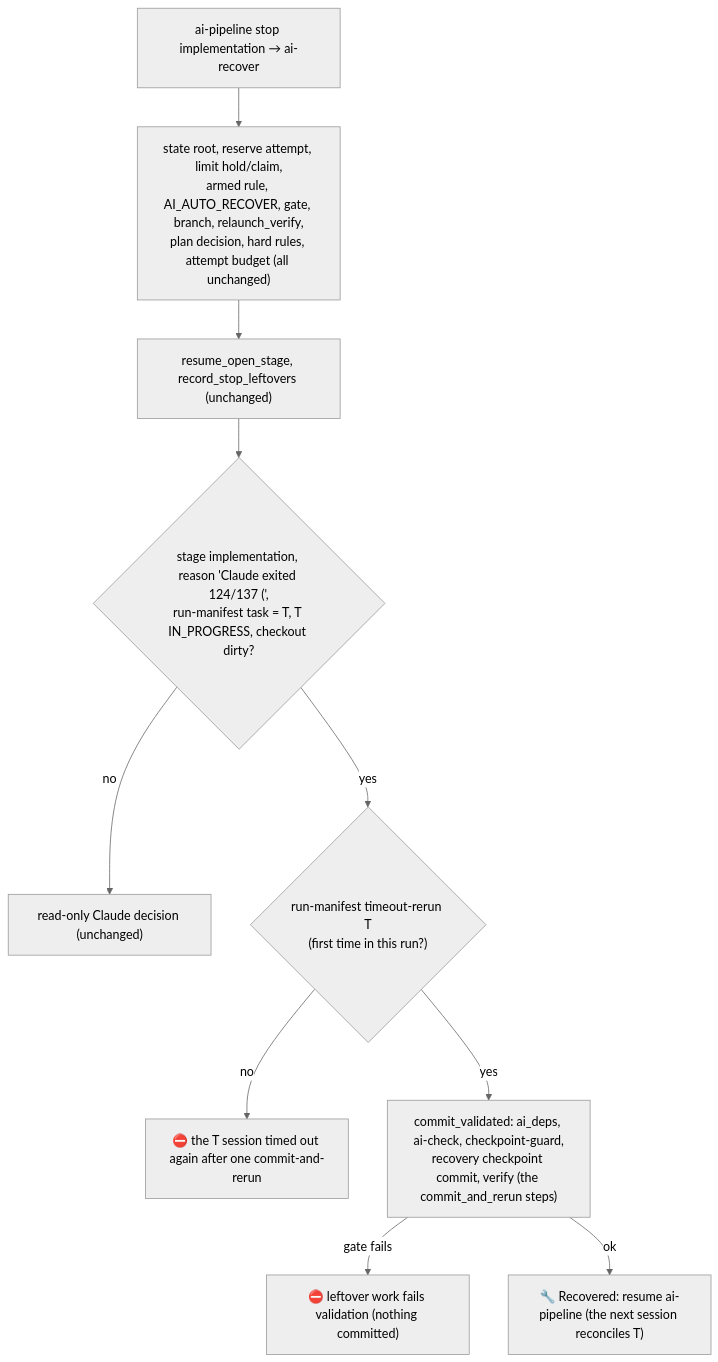
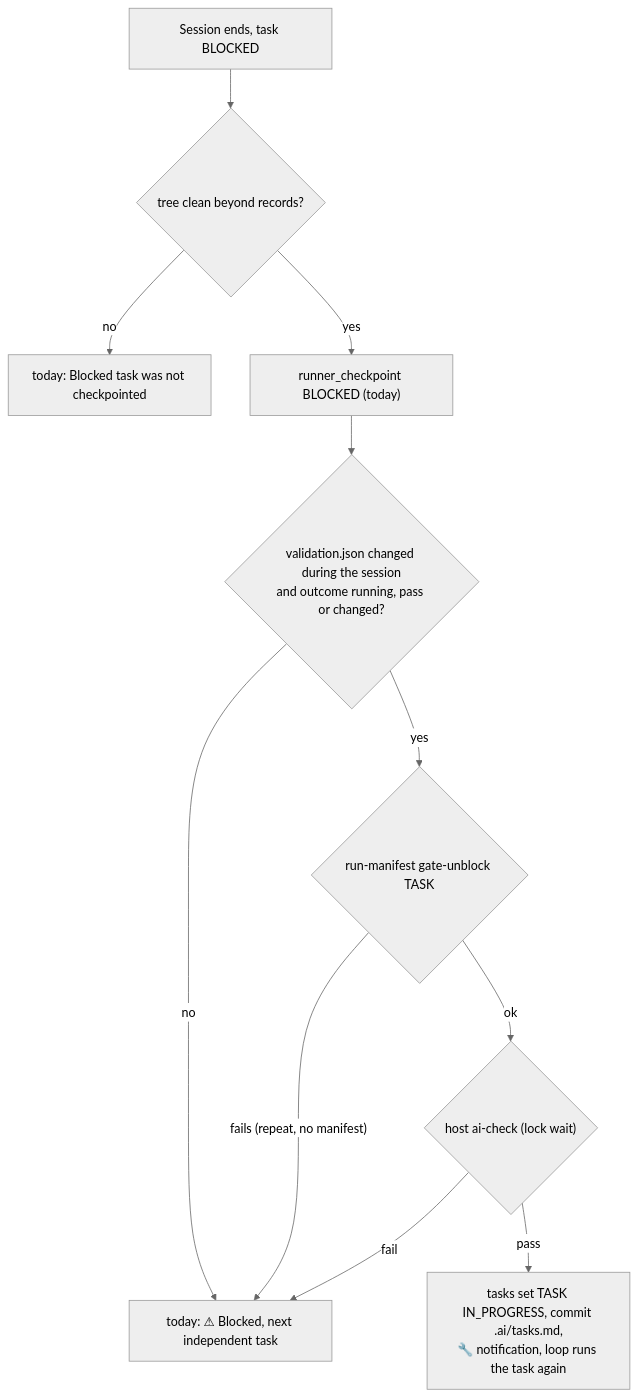
Before and after one commit to Muf454/agents: the diagram in .ai/current-plan.md, drawn with Mermaid (neutral theme). The commit also changed other lines of this file and 5 other files, not shown here.

````diff
--- a/.ai/current-plan.md
+++ b/.ai/current-plan.md
@@ -40,12 +48,13 @@
 ```mermaid
 flowchart TD
-  stop["ai-pipeline stop implementation → ai-recover"] --> pre["state root, reserve attempt, limit hold/claim,<br/>armed rule, AI_AUTO_RECOVER, gate, branch, relaunch_verify,<br/>plan decision, hard rules, attempt budget (all unchanged)"]
-  pre --> lo["resume_open_stage, record_stop_leftovers (unchanged)"]
-  lo --> to{"stage implementation, reason 'Claude exited 124/137 (',<br/>run-manifest task = T, T IN_PROGRESS, checkout dirty?"}
-  to -- no --> dec["read-only Claude decision (unchanged)"]
-  to -- yes --> once{"run-manifest timeout-rerun T<br/>(first time in this run?)"}
-  once -- no --> esc["⛔ the T session timed out again after one commit-and-rerun"]
-  once -- yes --> cv["commit_validated: ai_deps, ai-check, checkpoint-guard,<br/>recovery checkpoint commit, verify (the commit_and_rerun steps)"]
-  cv -- gate fails --> esc2["⛔ leftover work fails validation (nothing committed)"]
-  cv -- ok --> res["🔧 Recovered: resume ai-pipeline (the next session reconciles T)"]
+  s["Session ends, task BLOCKED"] --> clean{"tree clean beyond records?"}
+  clean -- no --> die["today: Blocked task was not checkpointed"]
+  clean -- yes --> ck["runner_checkpoint BLOCKED (today)"]
+  ck --> ran{"validation.json changed during the session<br/>and outcome running, pass or changed?"}
+  ran -- no --> today["today: ⚠ Blocked, next independent task"]
+  ran -- yes --> claim{"run-manifest gate-unblock TASK"}
+  claim -- "fails (repeat, no manifest)" --> today
+  claim -- ok --> gate{"host ai-check (lock wait)"}
+  gate -- fail --> today
+  gate -- pass --> back["tasks set TASK IN_PROGRESS, commit .ai/tasks.md,<br/>🔧 notification, loop runs the task again"]
 ```
````
